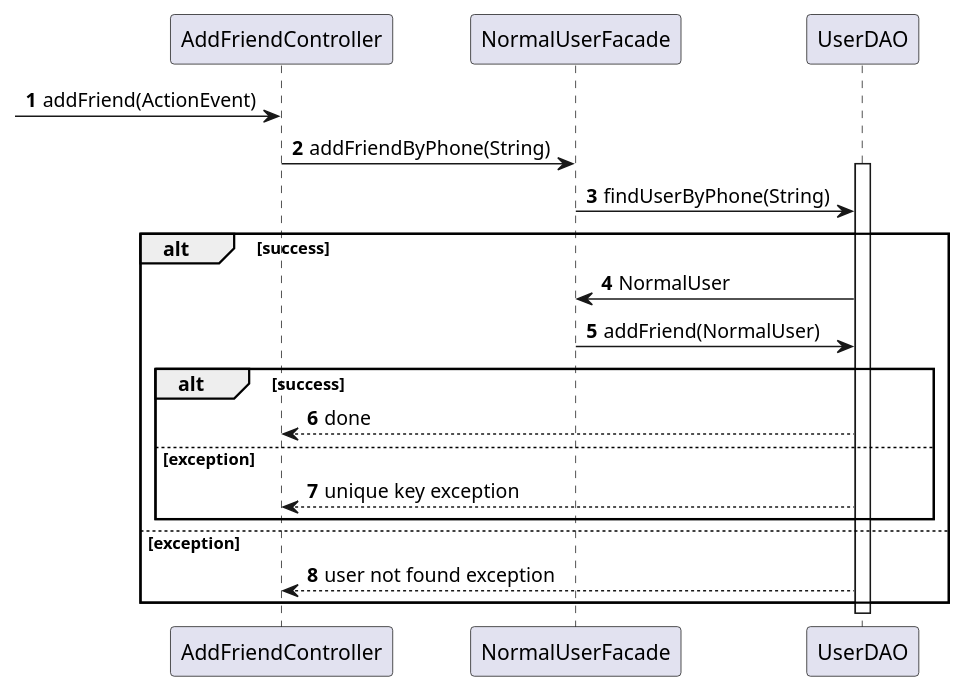
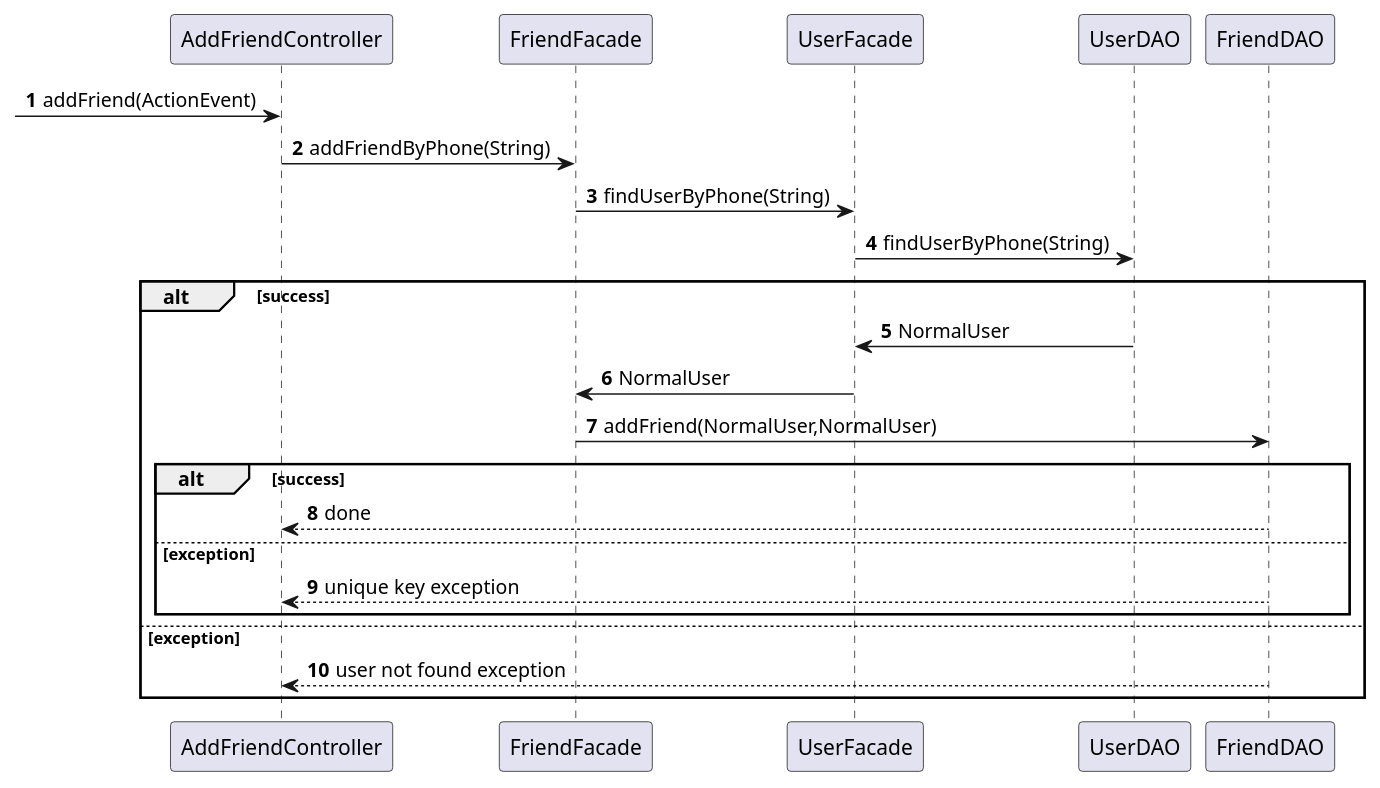
Before and after one commit to Julien-Wiegandt/SplitPay: the diagram in documentation/software_design/manage_friends/add_friend_sequence_diagram.puml, drawn with PlantUML. The commit also changed 15 other files, not shown here.

```diff
--- a/documentation/software_design/manage_friends/add_friend_sequence_diagram.puml
+++ b/documentation/software_design/manage_friends/add_friend_sequence_diagram.puml
@@ -1,23 +1,27 @@
 @startuml
 autonumber
 
 -> AddFriendController : addFriend(ActionEvent)
-AddFriendController -> NormalUserFacade : addFriendByPhone(String)
-activate UserDAO
-NormalUserFacade -> UserDAO : findUserByPhone(String)
+AddFriendController -> FriendFacade : addFriendByPhone(String)
+FriendFacade -> UserFacade : findUserByPhone(String)
+UserFacade -> UserDAO : findUserByPhone(String)
+
 
 alt success
-UserDAO -> NormalUserFacade : NormalUser
-NormalUserFacade -> UserDAO : addFriend(NormalUser)
+UserDAO -> UserFacade : NormalUser
+UserFacade -> FriendFacade : NormalUser
+
+FriendFacade -> FriendDAO : addFriend(NormalUser,NormalUser)
+
     alt success
-    UserDAO --> AddFriendController : done
+    FriendDAO --> AddFriendController : done
     else exception
-    UserDAO --> AddFriendController : unique key exception
+    FriendDAO --> AddFriendController : unique key exception
     end
 else exception
-UserDAO --> AddFriendController : user not found exception
+FriendDAO --> AddFriendController : user not found exception
 end
 
 deactivate UserDAO
 
 @enduml
```
